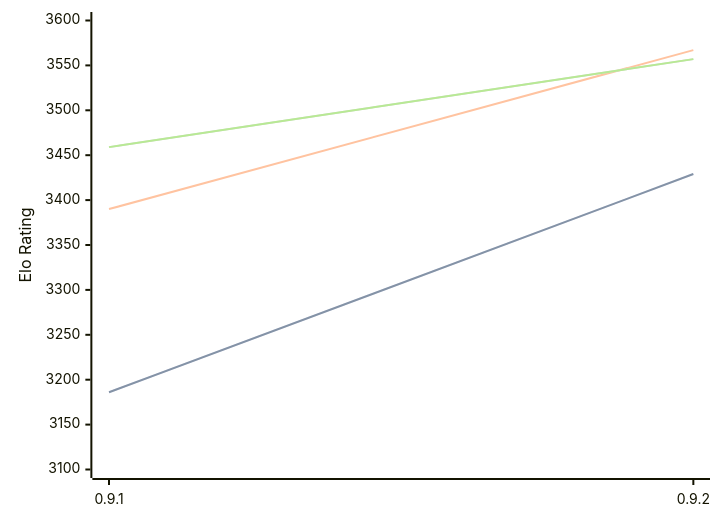
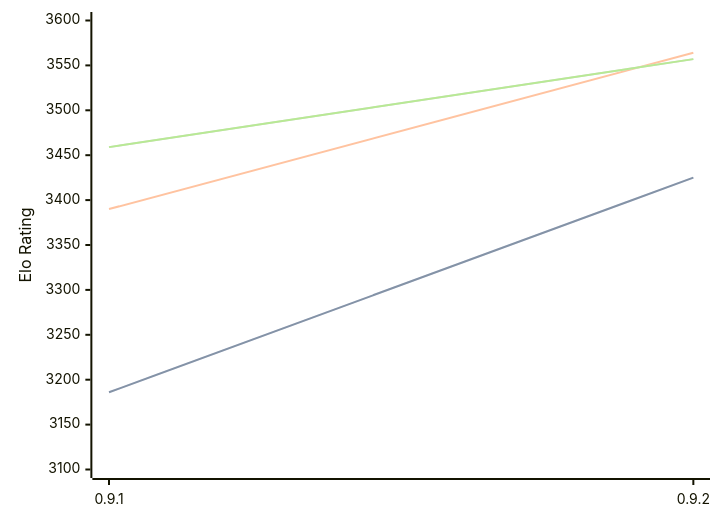
Before and after one commit to computer-chess-index/cci: the diagram in engines/Coda.md, drawn with Mermaid. The commit also changed other lines of this file, not shown here.

````diff
--- a/engines/Coda.md
+++ b/engines/Coda.md
@@ -32,11 +32,11 @@
 ```mermaid
 %%{init: {"theme":"base","themeVariables":{"seriesColors:['#a3a3a3','#222221','#faa371']}}}%%
 xychart-beta
   x-axis ["0.9.1", "0.9.2"]
   y-axis "Elo Rating" 3100 --> 3600
-  line "STC (8.0+0.08s)" [3186, 3429]
-  line "STC (8.0+0.08s)" [3186, 3429]
-  line "LTC (60.0+0.60s)" [3390, 3567]
+  line "STC (8.0+0.08s)" [3186, 3425]
+  line "STC (8.0+0.08s)" [3186, 3425]
+  line "LTC (60.0+0.60s)" [3390, 3564]
   line "VLTC (2m24s+1.12s)" [3459, 3557]
   line "VLTC (2m24s+1.12s)" [3459, 3557]
 ```
````
